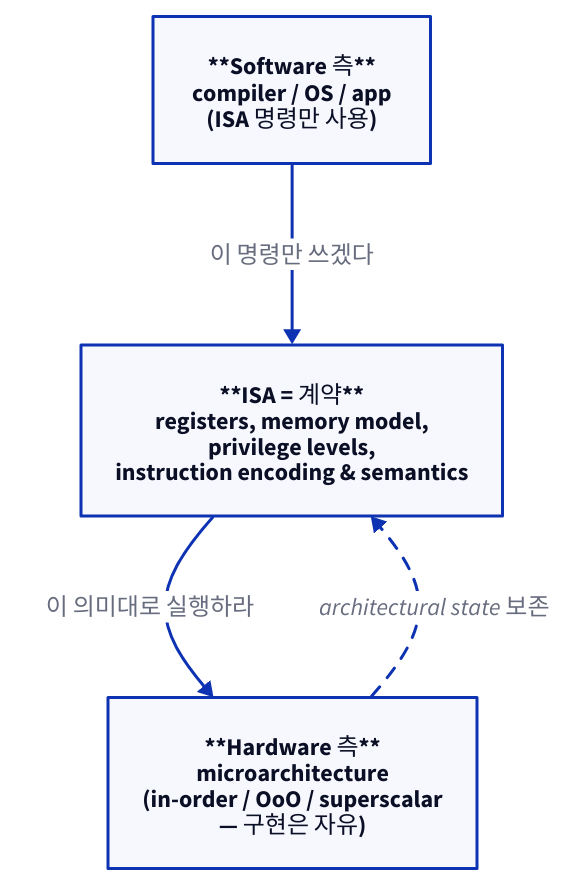
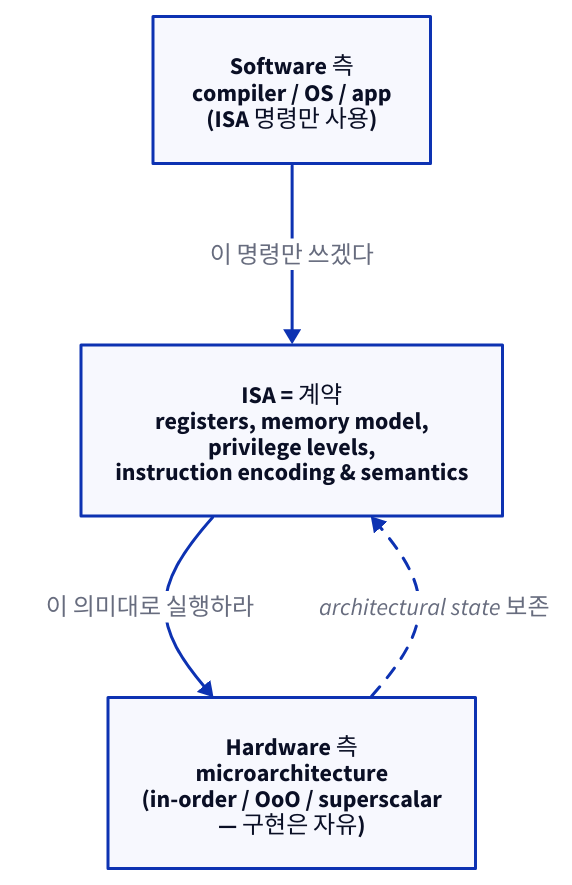
The first of 4 diagrams in starlight_site/src/content/docs/computer_architecture/05_isa_riscv.md (humbleowl39/DV_SKOOL), drawn with D2 before and after one commit. The commit also changed other lines of this file and 714 other files, not shown here.

First line of the commit message:
fix(site): d2 다이어그램 가독성 결함 6종 일괄 수정

````diff
--- a/starlight_site/src/content/docs/computer_architecture/05_isa_riscv.md
+++ b/starlight_site/src/content/docs/computer_architecture/05_isa_riscv.md
@@ -42,11 +42,11 @@
 ```d2
 direction: down
 
-SW: "**Software 측**\ncompiler / OS / app\n(ISA 명령만 사용)"
-ISA: "**ISA = 계약**\nregisters, memory model,\nprivilege levels,\ninstruction encoding & semantics"
-HW: "**Hardware 측**\nmicroarchitecture\n(in-order / OoO / superscalar\n— 구현은 자유)"
+SW: "Software 측\ncompiler / OS / app\n(ISA 명령만 사용)"
+ISA: "ISA = 계약\nregisters, memory model,\nprivilege levels,\ninstruction encoding & semantics"
+HW: "Hardware 측\nmicroarchitecture\n(in-order / OoO / superscalar\n— 구현은 자유)"
 
 SW -> ISA: "이 명령만 쓰겠다"
 ISA -> HW: "이 의미대로 실행하라"
 HW -> ISA: "architectural state 보존" { style.stroke-dash: 4 }
 ```
````
